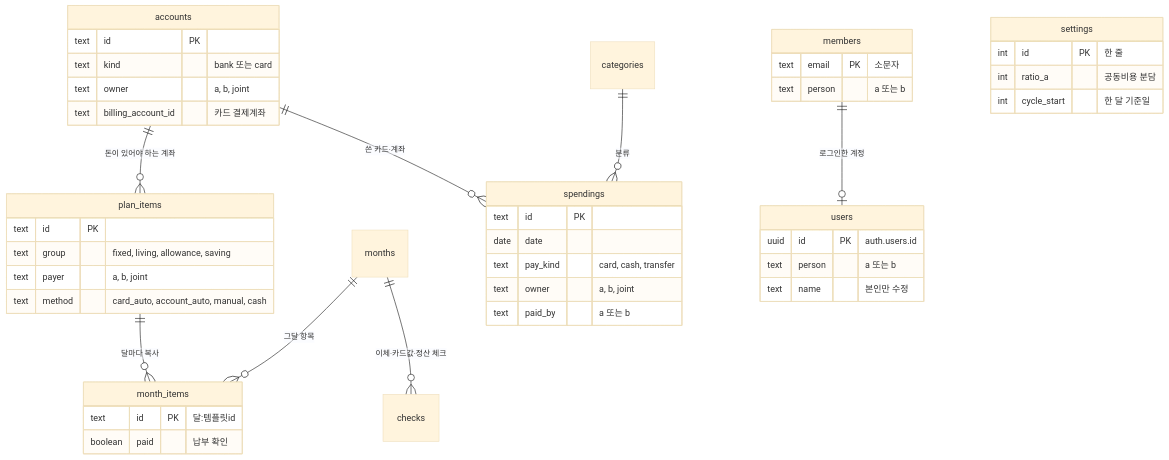
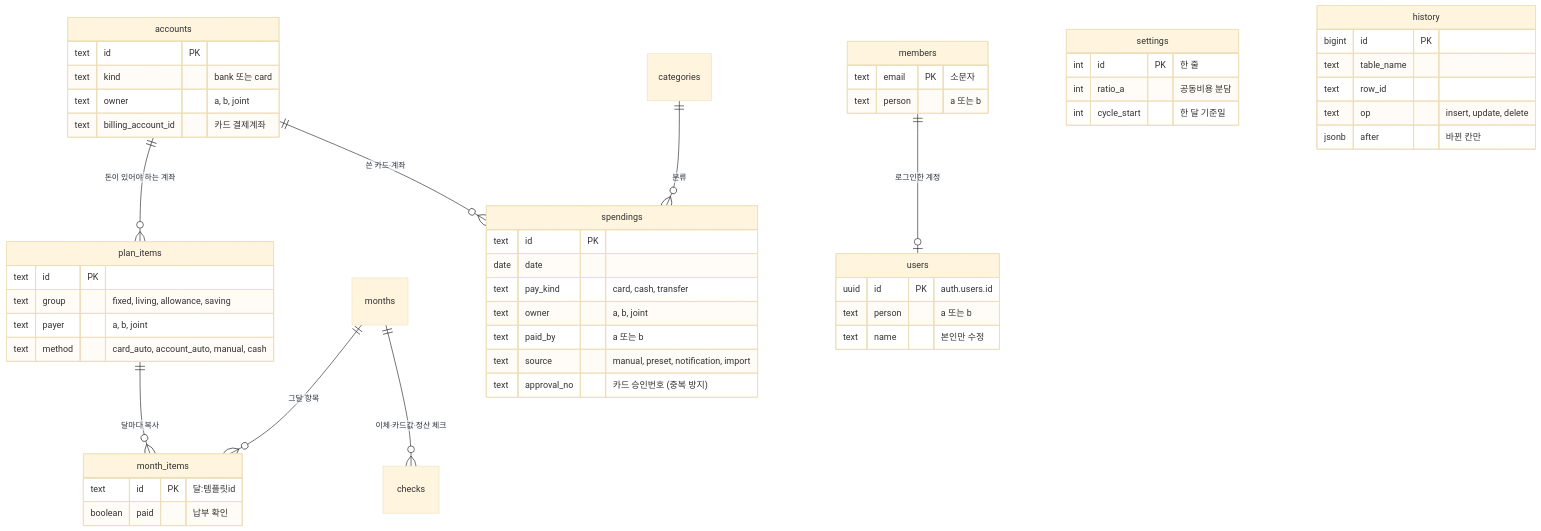
The second of 2 diagrams in README.md (jojaden/our-money), drawn with Mermaid (base theme) before and after one commit. The commit also changed other lines of this file and 12 other files, not shown here.

````diff
--- a/README.md
+++ b/README.md
@@ -131,47 +133,56 @@
 ```mermaid
 erDiagram
   plan_items ||--o{ month_items : "달마다 복사"
   months ||--o{ month_items : "그달 항목"
   months ||--o{ checks : "이체·카드값·정산 체크"
   accounts ||--o{ plan_items : "돈이 있어야 하는 계좌"
   accounts ||--o{ spendings : "쓴 카드·계좌"
   categories ||--o{ spendings : "분류"
   members ||--o| users : "로그인한 계정"
   members {
     text email PK "소문자"
     text person "a 또는 b"
   }
   users {
     uuid id PK "auth.users.id"
     text person "a 또는 b"
     text name "본인만 수정"
   }
   settings {
     int id PK "한 줄"
     int ratio_a "공동비용 분담"
     int cycle_start "한 달 기준일"
   }
   accounts {
     text id PK
     text kind "bank 또는 card"
     text owner "a, b, joint"
     text billing_account_id "카드 결제계좌"
   }
   plan_items {
     text id PK
     text group "fixed, living, allowance, saving"
     text payer "a, b, joint"
     text method "card_auto, account_auto, manual, cash"
   }
   month_items {
     text id PK "달:템플릿id"
     boolean paid "납부 확인"
   }
   spendings {
     text id PK
     date date
     text pay_kind "card, cash, transfer"
     text owner "a, b, joint"
     text paid_by "a 또는 b"
+    text source "manual, preset, notification, import"
+    text approval_no "카드 승인번호 (중복 방지)"
+  }
+  history {
+    bigint id PK
+    text table_name
+    text row_id
+    text op "insert, update, delete"
+    jsonb after "바뀐 칸만"
   }
 ```
````
